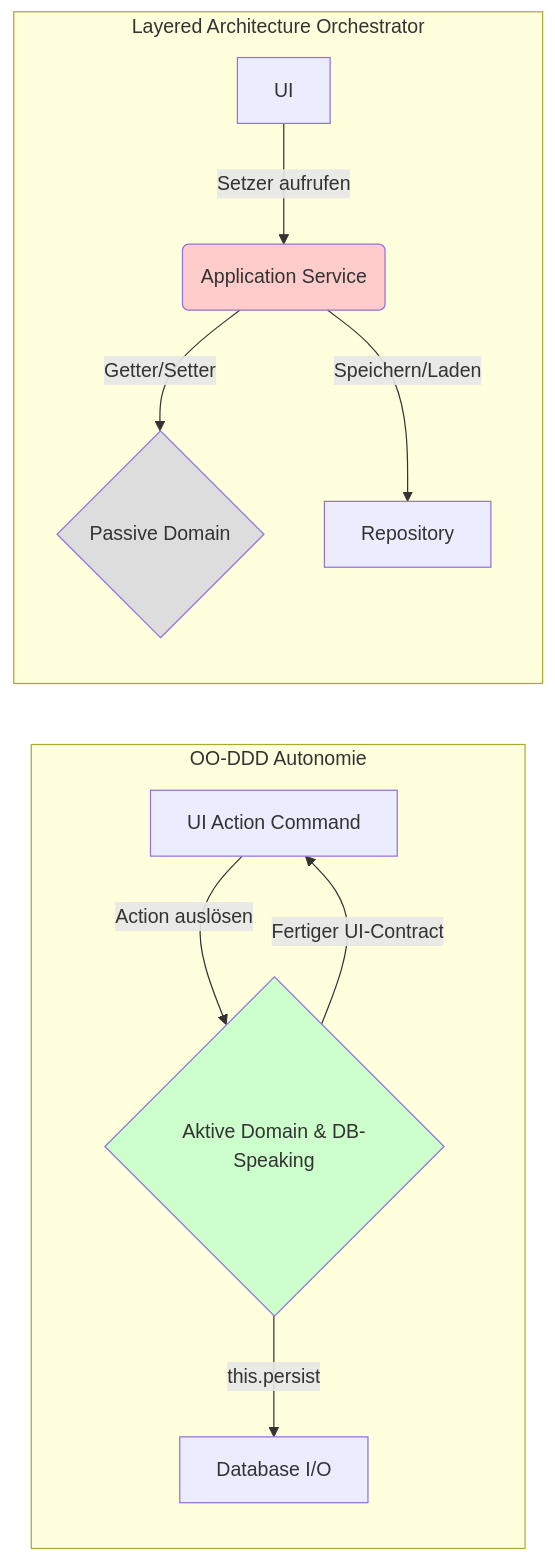
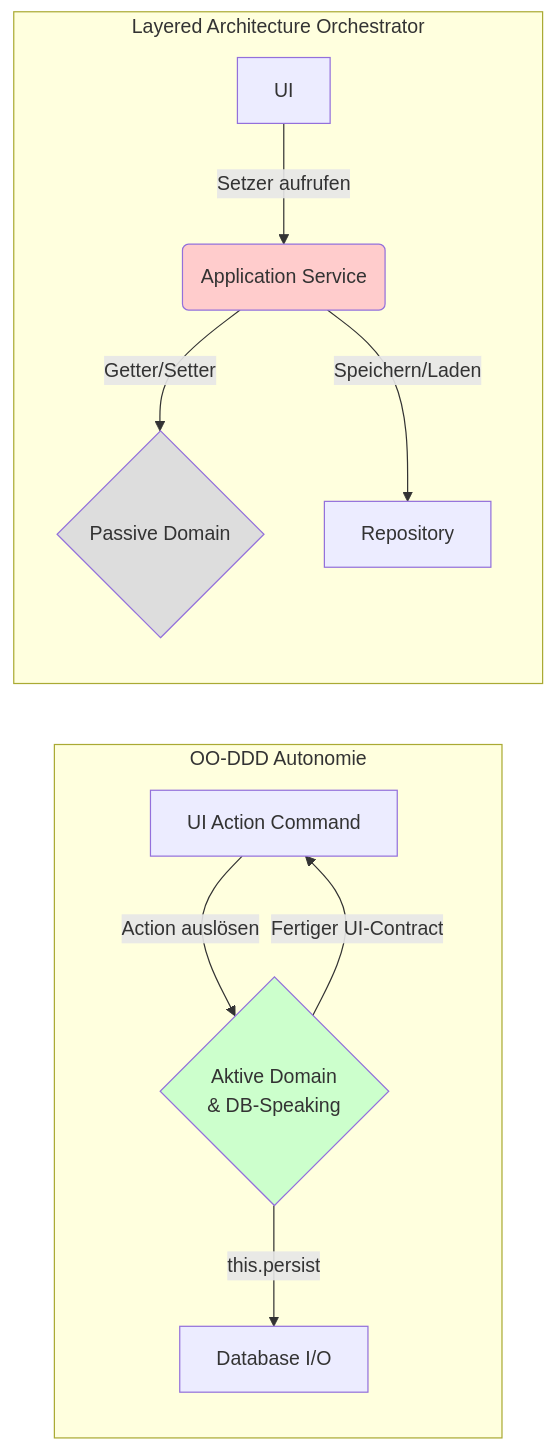
The third of 3 diagrams in blog/ui/000_oo_and_data_objects.md (andreas-wagner-dev/object-oriented-learning-journey), drawn with Mermaid before and after one commit.

````diff
--- a/blog/ui/000_oo_and_data_objects.md
+++ b/blog/ui/000_oo_and_data_objects.md
@@ -424,19 +424,19 @@
 ```mermaid
 graph RL
 
     subgraph OO-DDD Autonomie
-        UI_OO[UI Action Command] -->|Action auslösen| Domain_OO{Aktive Domain & DB-Speaking};
+        UI_OO[UI Action Command] -->|Action auslösen| Domain_OO{Aktive Domain</br>& DB-Speaking};
         Domain_OO -->|this.persist| DB_OO[Database I/O];
         Domain_OO -->|Fertiger UI-Contract| UI_OO;
     end
 
     subgraph Layered Architecture Orchestrator
         UI_L[UI] -->|Setzer aufrufen| Service_L(Application Service);
         Service_L -->|Getter/Setter| Domain_L{Passive Domain};
         Service_L -->|Speichern/Laden| Repo_L[Repository];
     end
 
     style Service_L fill:#ffcccc
     style Domain_L fill:#dddddd
     style Domain_OO fill:#ccffcc
 ```
````
